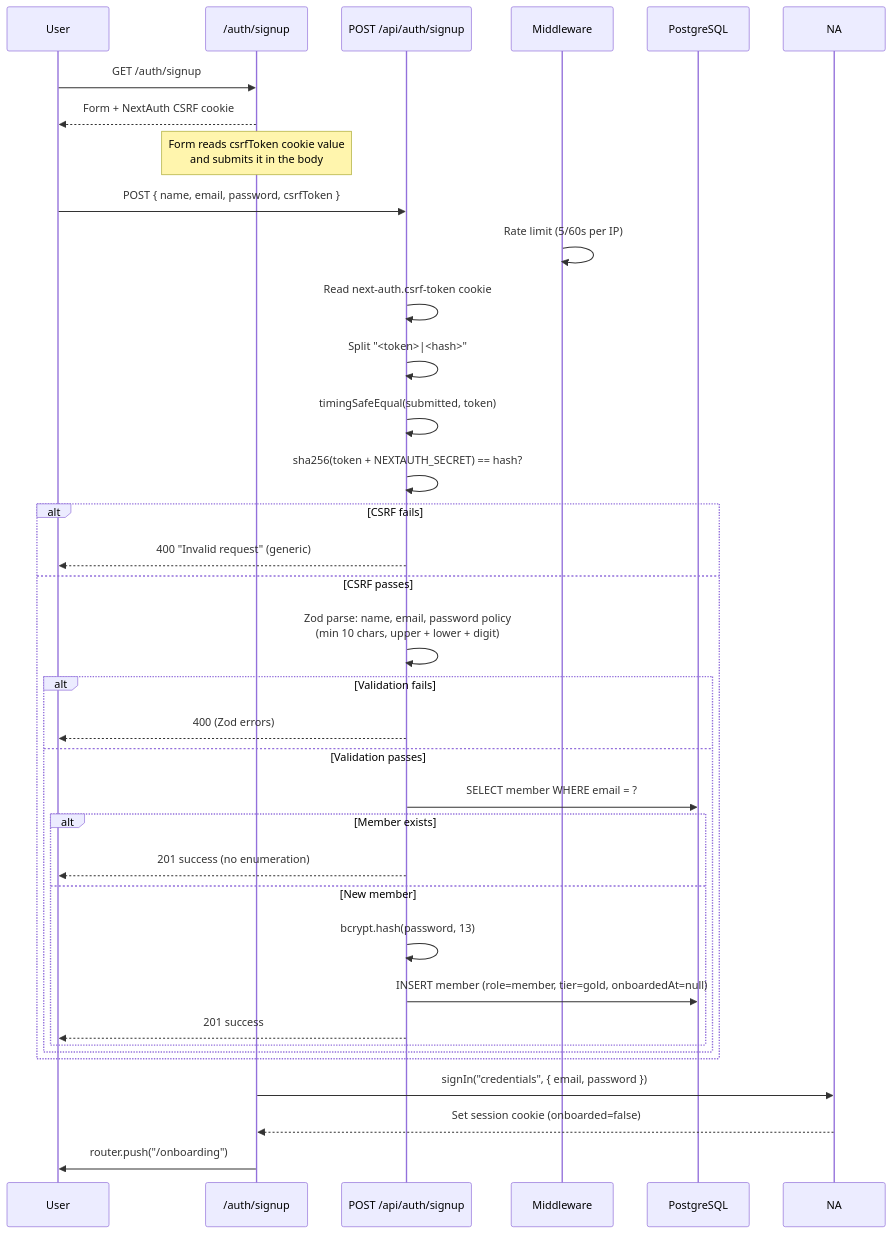
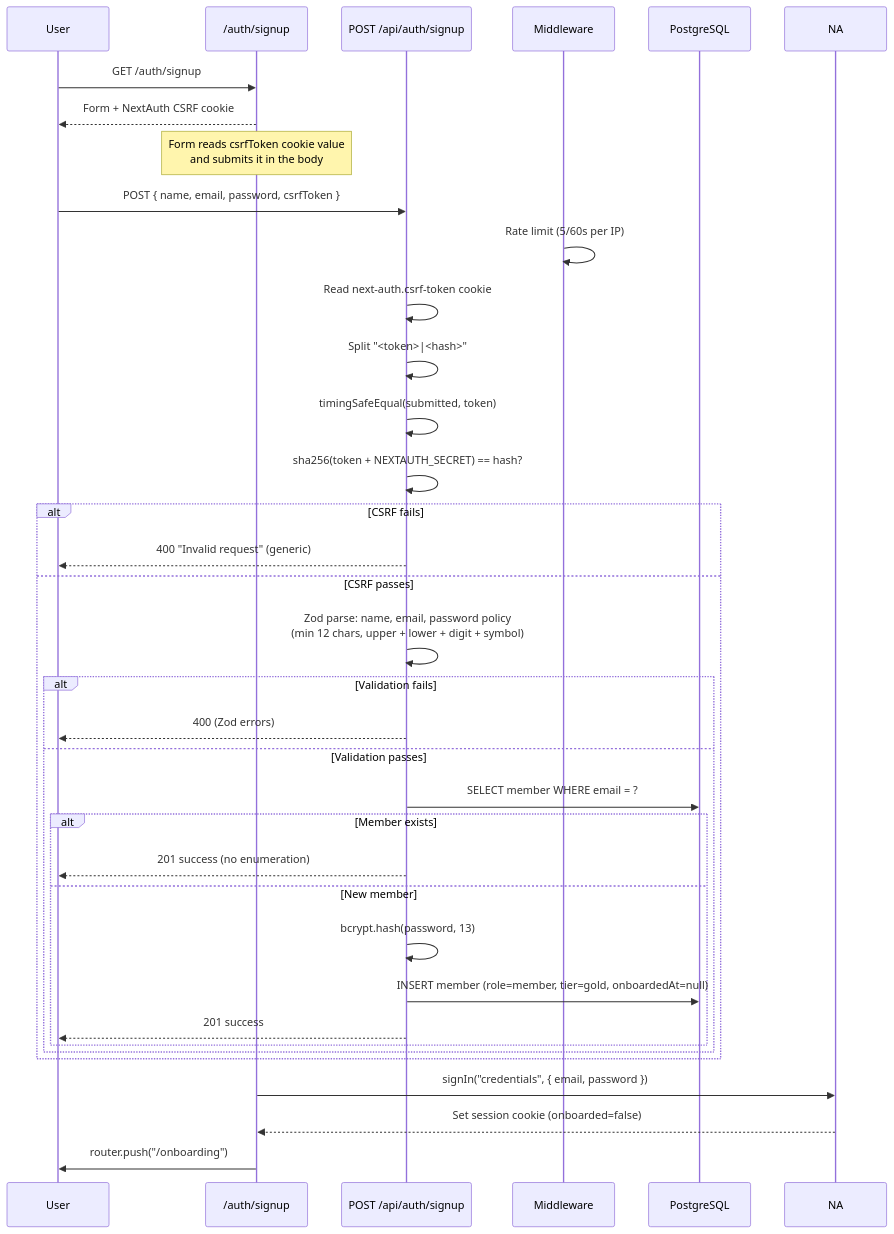
One commit to nathanielsohn/caveau-app changed the second of 4 diagrams in docs/AUTH.md. Above: the diagram before and after it, drawn with Mermaid. The commit also changed 22 other files, not shown here.

````diff
--- a/docs/AUTH.md
+++ b/docs/AUTH.md
@@ -77,39 +77,39 @@
 ```mermaid
 sequenceDiagram
     participant U as User
     participant SP as /auth/signup
     participant API as POST /api/auth/signup
     participant MW as Middleware
     participant DB as PostgreSQL
 
     U->>SP: GET /auth/signup
     SP-->>U: Form + NextAuth CSRF cookie
     Note over SP: Form reads csrfToken cookie value<br/>and submits it in the body
 
     U->>API: POST { name, email, password, csrfToken }
     MW->>MW: Rate limit (5/60s per IP)
     API->>API: Read next-auth.csrf-token cookie
     API->>API: Split "<token>|<hash>"
     API->>API: timingSafeEqual(submitted, token)
     API->>API: sha256(token + NEXTAUTH_SECRET) == hash?
     alt CSRF fails
         API-->>U: 400 "Invalid request" (generic)
     else CSRF passes
-        API->>API: Zod parse: name, email, password policy<br/>(min 10 chars, upper + lower + digit)
+        API->>API: Zod parse: name, email, password policy<br/>(min 12 chars, upper + lower + digit + symbol)
         alt Validation fails
             API-->>U: 400 (Zod errors)
         else Validation passes
             API->>DB: SELECT member WHERE email = ?
             alt Member exists
                 API-->>U: 201 success (no enumeration)
             else New member
                 API->>API: bcrypt.hash(password, 13)
                 API->>DB: INSERT member (role=member, tier=gold, onboardedAt=null)
                 API-->>U: 201 success
             end
         end
     end
     SP->>NA: signIn("credentials", { email, password })
     NA-->>SP: Set session cookie (onboarded=false)
     SP->>U: router.push("/onboarding")
 ```
````
